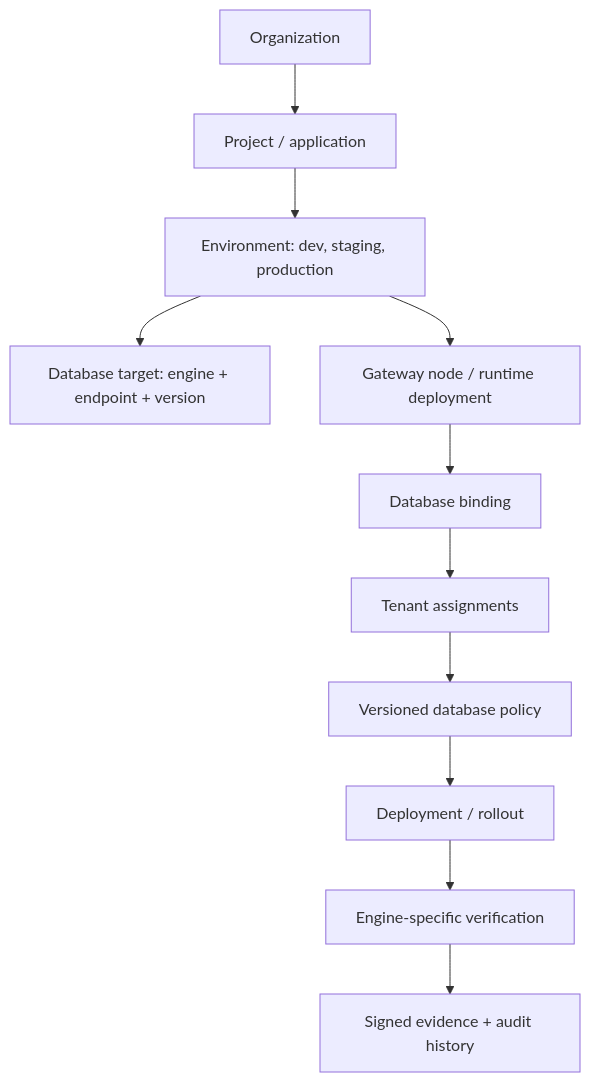
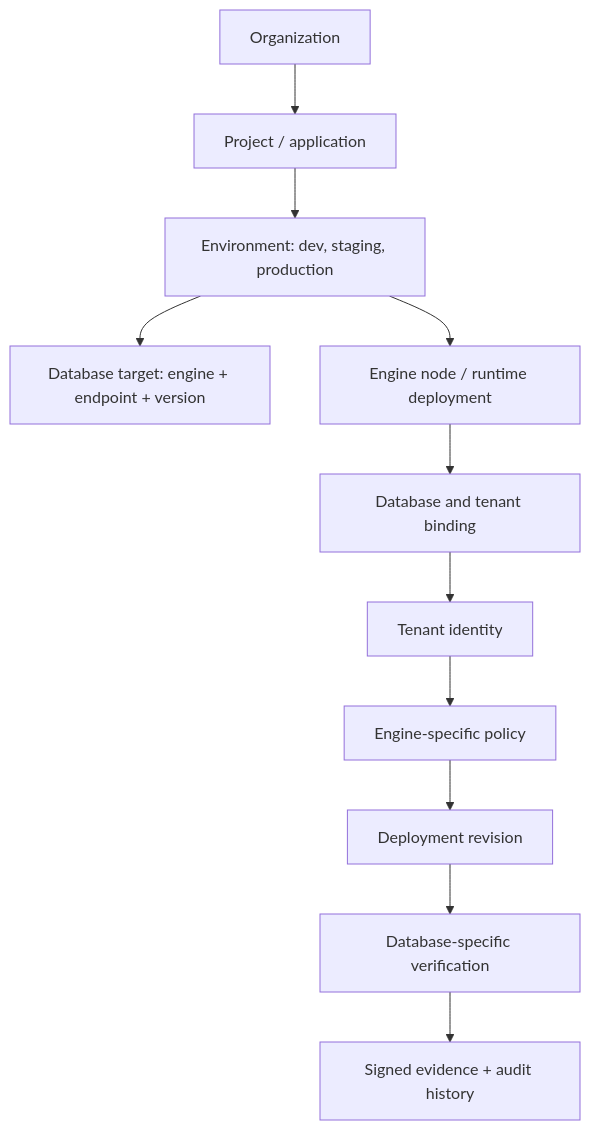
One commit to Proxima-Engine/proxima-engine changed the diagram in docs/CLOUD_CONTROL_PLANE.md. Above: the diagram before and after it, drawn with Mermaid. The commit also changed other lines of this file, not shown here.

Commit message:
Reframe Cloud integration around the multi-database Engine architecture

```diff
--- a/docs/CLOUD_CONTROL_PLANE.md
+++ b/docs/CLOUD_CONTROL_PLANE.md
@@ -26,13 +28,13 @@
 ~~~mermaid
 flowchart TD
   Org[Organization] --> Project[Project / application]
   Project --> Env[Environment: dev, staging, production]
-  Env --> Db[Database target: engine + endpoint + version]
-  Env --> Node[Gateway node / runtime deployment]
-  Node --> Bind[Database binding]
-  Bind --> Tenant[Tenant assignments]
-  Tenant --> Policy[Versioned database policy]
-  Policy --> Deploy[Deployment / rollout]
-  Deploy --> Verify[Engine-specific verification]
+  Env --> Target[Database target: engine + endpoint + version]
+  Env --> Node[Engine node / runtime deployment]
+  Node --> Binding[Database and tenant binding]
+  Binding --> Tenant[Tenant identity]
+  Tenant --> Policy[Engine-specific policy]
+  Policy --> Deployment[Deployment revision]
+  Deployment --> Verify[Database-specific verification]
   Verify --> Evidence[Signed evidence + audit history]
 ~~~
```
